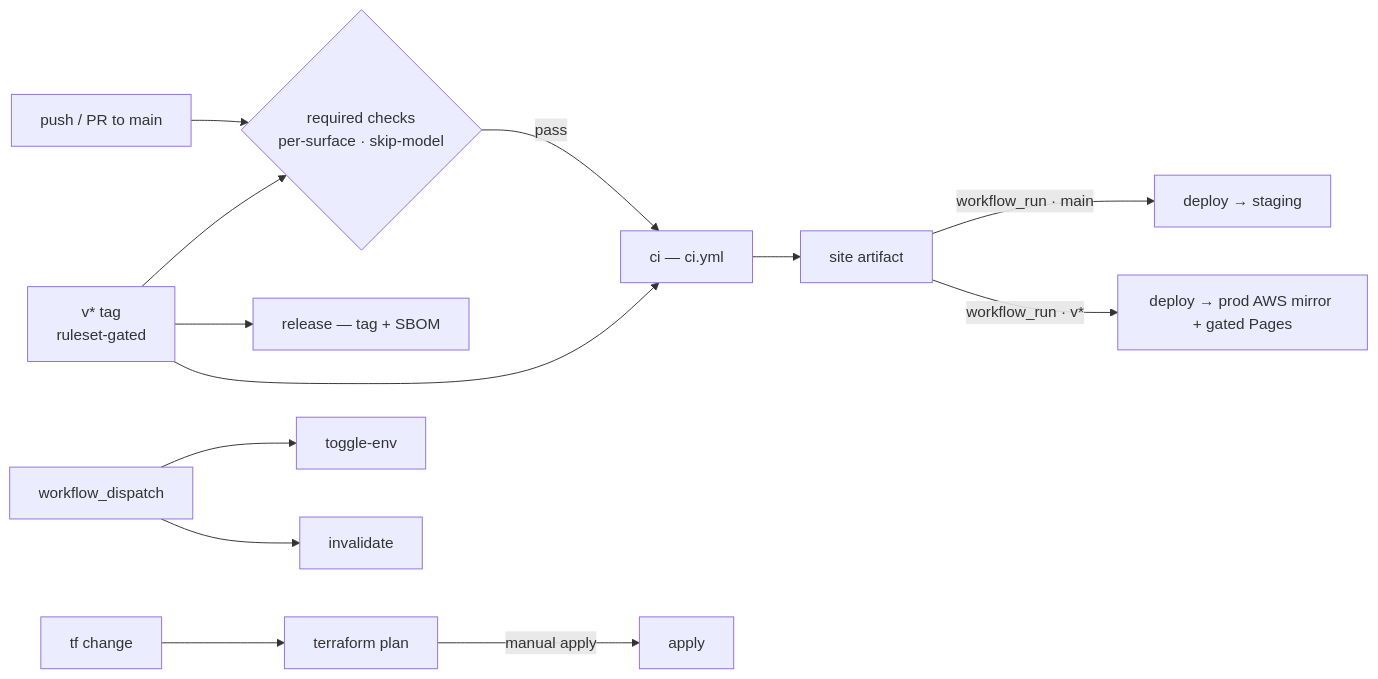
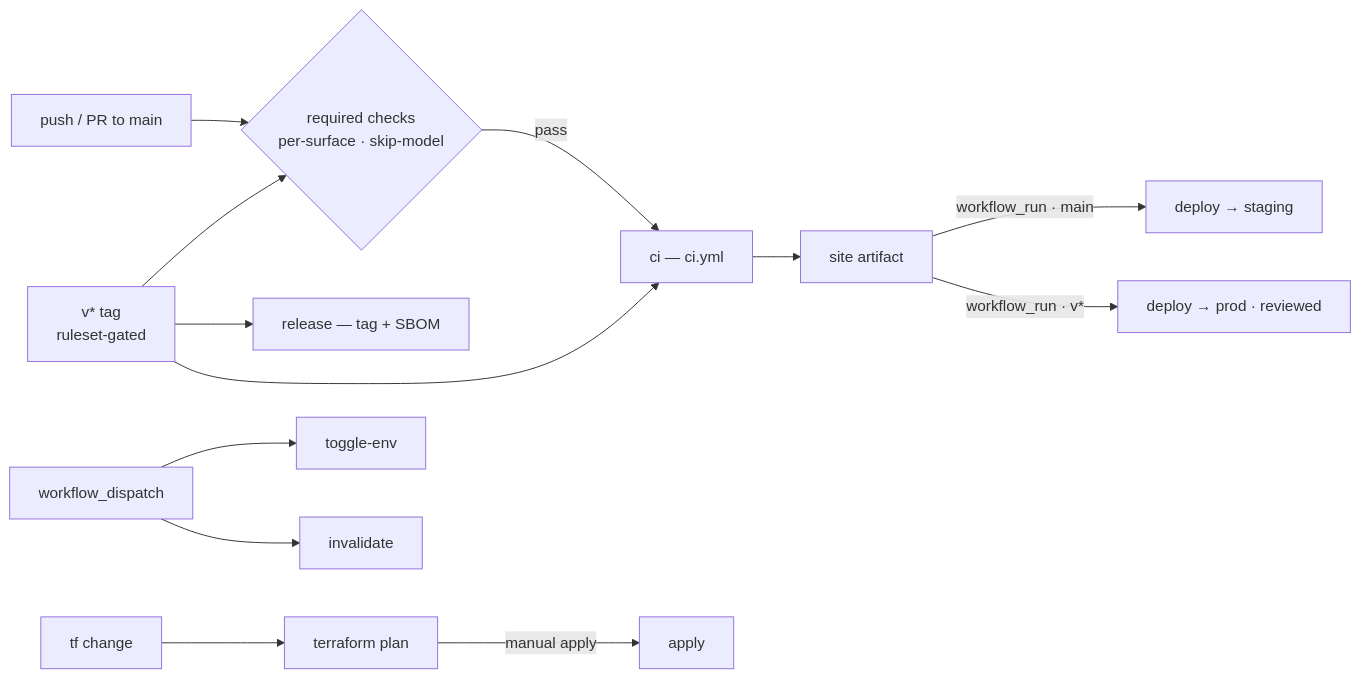
One commit to mathewmusango/my-portfolio changed the fourth of 4 diagrams in docs/en/atlas/platform-architecture.md. Above: the diagram before and after it, drawn with Mermaid. The commit also changed other lines of this file and 10 other files, not shown here.

````diff
--- a/docs/en/atlas/platform-architecture.md
+++ b/docs/en/atlas/platform-architecture.md
@@ -75,13 +76,13 @@
 ```mermaid
 flowchart LR
     M[push / PR to main] --> C{required checks<br/>per-surface · skip-model}
     V[v* tag<br/>ruleset-gated] --> C
     C -->|pass| B[ci — ci.yml]
     V --> B
     B --> A[site artifact]
     A -->|workflow_run · main| S[deploy → staging]
-    A -->|workflow_run · v*| P[deploy → prod AWS mirror + gated Pages]
+    A -->|workflow_run · v*| P[deploy → prod · reviewed]
     V --> R[release — tag + SBOM]
     T[tf change] --> TP[terraform plan] -->|manual apply| AP[apply]
     X[workflow_dispatch] --> TG[toggle-env] & INV[invalidate]
 ```
````
